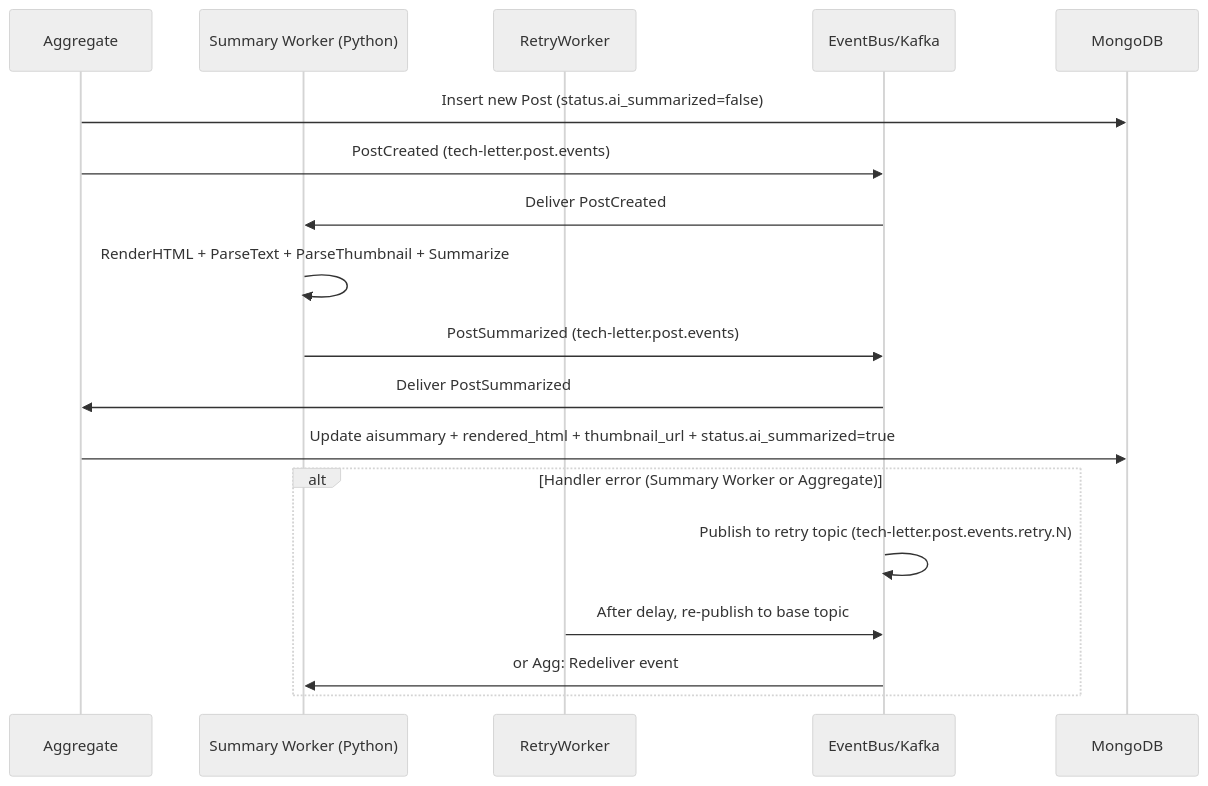
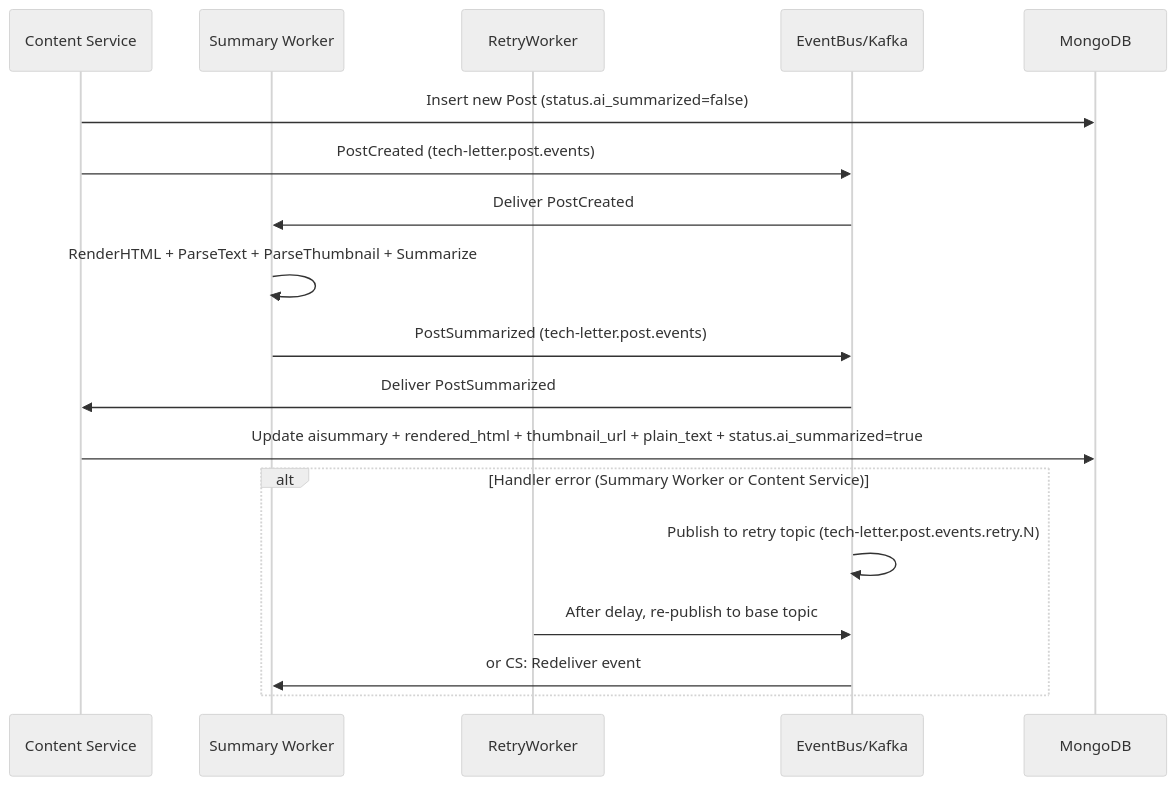
The second of 2 diagrams in README.md (TechLetter/tech-letter), drawn with Mermaid (neutral theme) before and after one commit. The commit also changed other lines of this file, not shown here.

````diff
--- a/README.md
+++ b/README.md
@@ -78,22 +109,22 @@
 ```mermaid
 sequenceDiagram
-    participant Agg as Aggregate
-    participant SW as Summary Worker (Python)
+    participant CS as Content Service
+    participant SW as Summary Worker
     participant RW as RetryWorker
     participant EB as EventBus/Kafka
     participant DB as MongoDB
 
-    Agg->>DB: Insert new Post (status.ai_summarized=false)
-    Agg->>EB: PostCreated (tech-letter.post.events)
+    CS->>DB: Insert new Post (status.ai_summarized=false)
+    CS->>EB: PostCreated (tech-letter.post.events)
     EB->>SW: Deliver PostCreated
     SW->>SW: RenderHTML + ParseText + ParseThumbnail + Summarize
     SW->>EB: PostSummarized (tech-letter.post.events)
-    EB->>Agg: Deliver PostSummarized
-    Agg->>DB: Update aisummary + rendered_html + thumbnail_url + status.ai_summarized=true
+    EB->>CS: Deliver PostSummarized
+    CS->>DB: Update aisummary + rendered_html + thumbnail_url + plain_text + status.ai_summarized=true
 
-    alt Handler error (Summary Worker or Aggregate)
+    alt Handler error (Summary Worker or Content Service)
         EB->>EB: Publish to retry topic (tech-letter.post.events.retry.N)
         RW->>EB: After delay, re-publish to base topic
-        EB->>SW: or Agg: Redeliver event
+        EB->>SW: or CS: Redeliver event
     end
 ```
````
